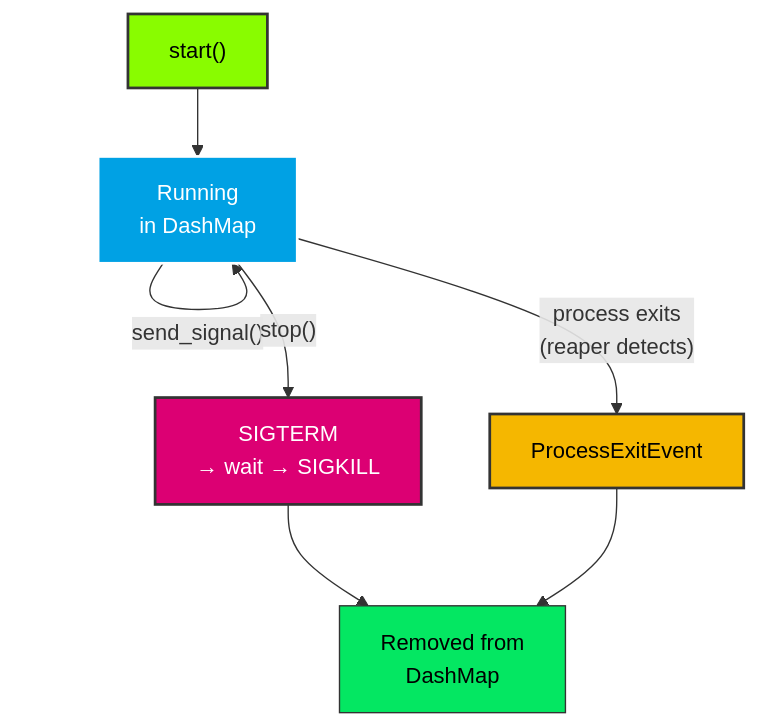
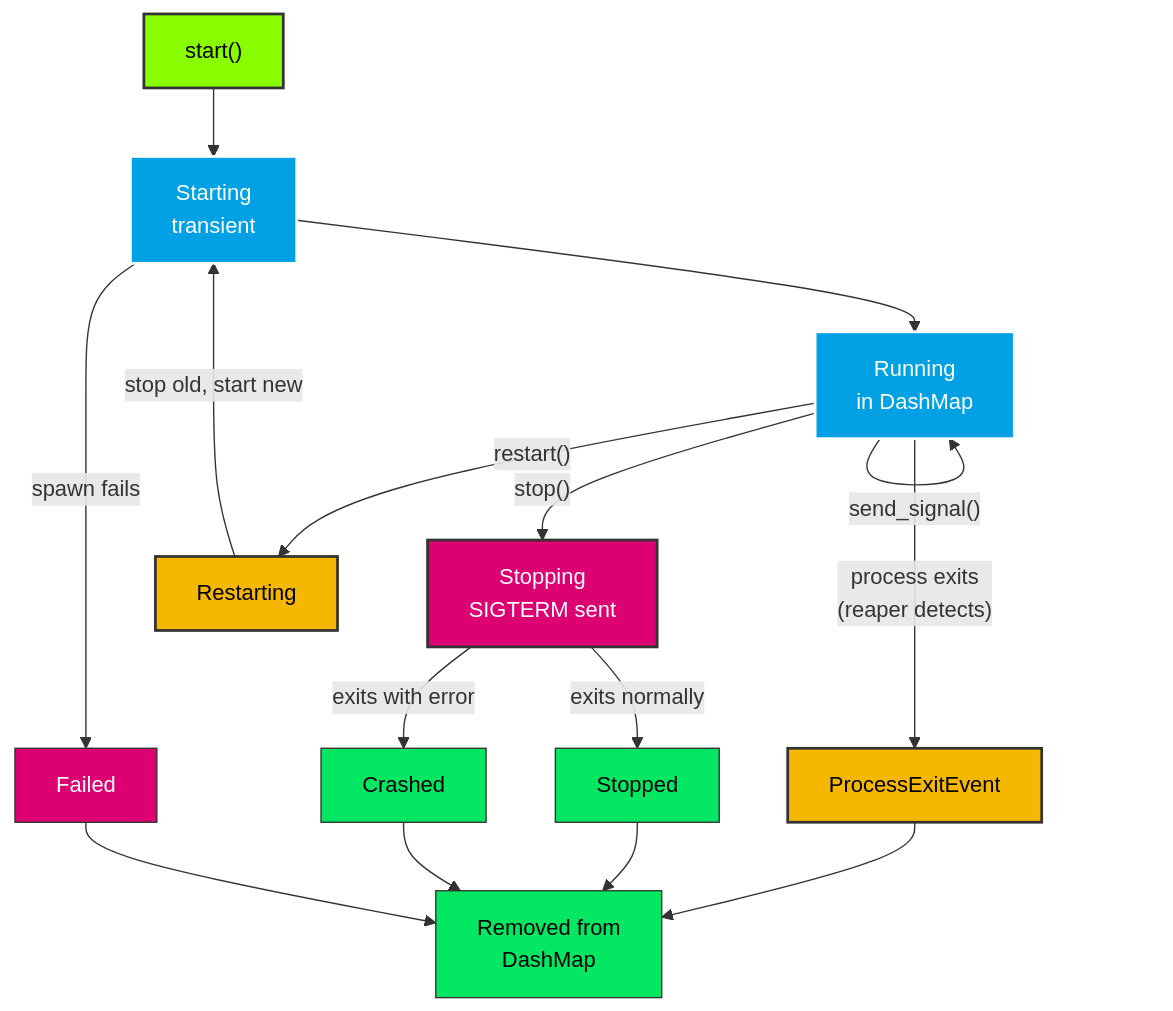
Before and after one commit to smearor/process-manager: the diagram in book/src/process/process.md, drawn with Mermaid. The commit also changed other lines of this file and 15 other files, not shown here.

````diff
--- a/book/src/process/process.md
+++ b/book/src/process/process.md
@@ -32,22 +32,36 @@
 ```mermaid
 graph TD
     classDef default fill: #1e1e1e, stroke: #333333, stroke-width: 1px, color: #ffffff
     classDef start fill: #89fc00, stroke: #333333, stroke-width: 2px, color: #000
     classDef running fill: #00a1e4, stroke: #ffffff, stroke-width: 2px, color: #ffffff
     classDef signal fill: #f5b700, stroke: #333333, stroke-width: 2px, color: #000000
     classDef stop fill: #dc0073, stroke: #333333, stroke-width: 2px, color: #ffffff
     classDef done fill: #04e762, stroke: #333333, stroke-width: 1px, color: #000
+    classDef failed fill: #dc0073, stroke: #333333, stroke-width: 1px, color: #ffffff
 
-    A["start()"] --> B["Running<br/>in DashMap"]
-    B -->|"send_signal()"| B
-    B -->|"stop()"| C["SIGTERM<br/>→ wait → SIGKILL"]
-    B -->|"process exits<br/>(reaper detects)"| D["ProcessExitEvent"]
-    C --> E["Removed from<br/>DashMap"]
-    D --> E
+    A["start()"] --> B["Starting<br/>transient"]
+    B --> C["Running<br/>in DashMap"]
+    B -->|"spawn fails"| F["Failed"]
+    C -->|"send_signal()"| C
+    C -->|"stop()"| D["Stopping<br/>SIGTERM sent"]
+    C -->|"restart()"| G["Restarting"]
+    C -->|"process exits<br/>(reaper detects)"| E["ProcessExitEvent"]
+    D -->|"exits normally"| H["Stopped"]
+    D -->|"exits with error"| I["Crashed"]
+    G -->|"stop old, start new"| B
+    E --> E2["Removed from<br/>DashMap"]
+    H --> E2
+    I --> E2
+    F --> E2
 
     class A start
     class B running
-    class C stop
-    class D signal
-    class E done
+    class C running
+    class D stop
+    class E signal
+    class E2 done
+    class F failed
+    class G signal
+    class H done
+    class I done
 ```
````
